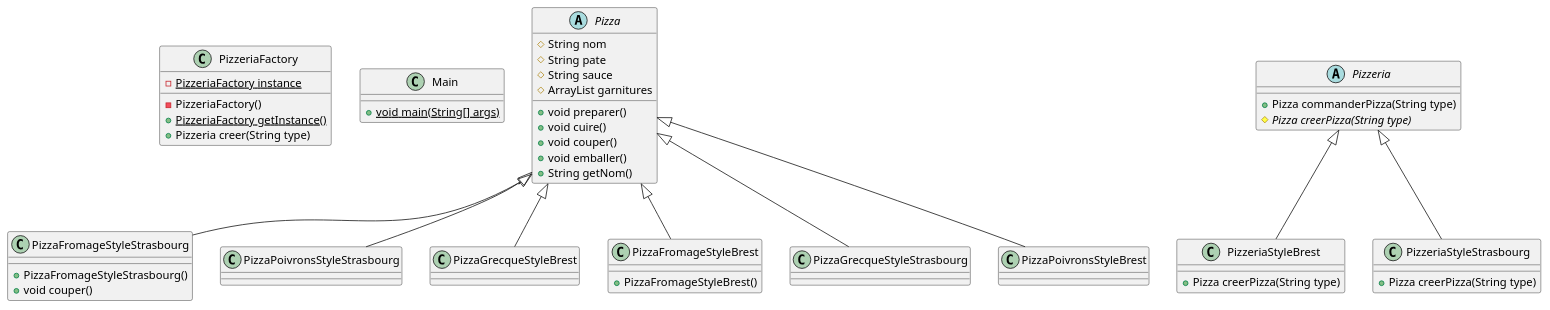
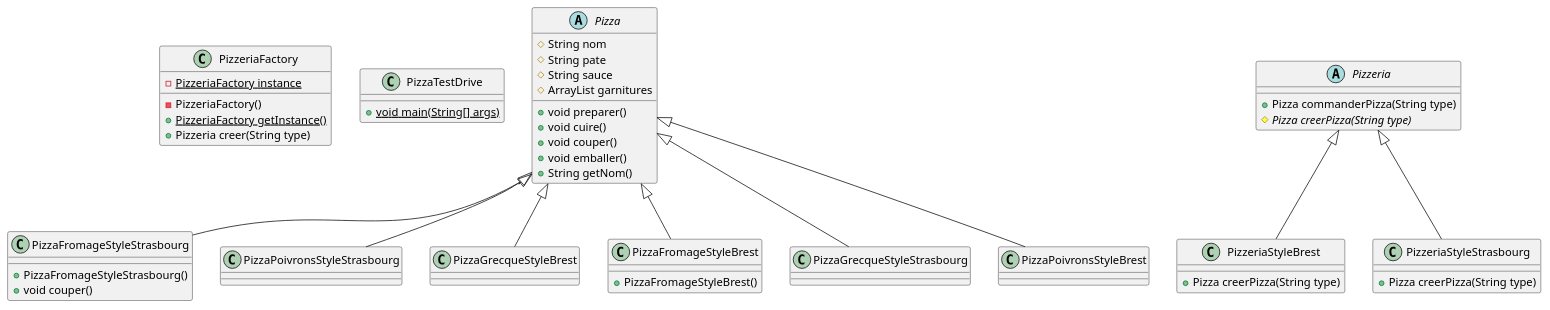
One commit to IUT-Blagnac/cpoa-tp3-LeonhardtFR changed the diagram in docs/TP3.plantuml. Above: the diagram before and after it, drawn with PlantUML. The commit also changed 4 other files, not shown here.

```diff
--- a/docs/TP3.plantuml
+++ b/docs/TP3.plantuml
@@ -1,63 +1,63 @@
 @startuml
 class PizzeriaFactory [[java:main.java.Fabrique.PizzeriaFactory]] {
 	-{static}PizzeriaFactory instance
 	-PizzeriaFactory()
 	+{static}PizzeriaFactory getInstance()
 	+Pizzeria creer(String type)
 }
-class Main [[java:main.java.Main.Main]] {
+class PizzaTestDrive [[java:main.java.Main.Main]] {
 	+{static}void main(String[] args)
 }
 class PizzaFromageStyleStrasbourg [[java:main.java.Pizza.PizzaFromageStyleStrasbourg]] {
 	+PizzaFromageStyleStrasbourg()
 	+void couper()
 }
 
 Pizza <|-- PizzaFromageStyleStrasbourg
 class PizzaPoivronsStyleStrasbourg [[java:main.java.Pizza.PizzaPoivronsStyleStrasbourg]] {
 }
 
 Pizza <|-- PizzaPoivronsStyleStrasbourg
 class PizzaGrecqueStyleBrest [[java:main.java.Pizza.PizzaGrecqueStyleBrest]] {
 }
 
 Pizza <|-- PizzaGrecqueStyleBrest
 abstract class Pizzeria [[java:main.java.Pizza.Pizzeria]] {
 	+Pizza commanderPizza(String type)
 	#{abstract}Pizza creerPizza(String type)
 }
 class PizzeriaStyleBrest [[java:main.java.Pizza.PizzeriaStyleBrest]] {
 	+Pizza creerPizza(String type)
 }
 
 Pizzeria <|-- PizzeriaStyleBrest
 abstract class Pizza [[java:main.java.Pizza.Pizza]] {
 	#String nom
 	#String pate
 	#String sauce
 	#ArrayList garnitures
 	+void preparer()
 	+void cuire()
 	+void couper()
 	+void emballer()
 	+String getNom()
 }
 class PizzaFromageStyleBrest [[java:main.java.Pizza.PizzaFromageStyleBrest]] {
 	+PizzaFromageStyleBrest()
 }
 
 Pizza <|-- PizzaFromageStyleBrest
 class PizzaGrecqueStyleStrasbourg [[java:main.java.Pizza.PizzaGrecqueStyleStrasbourg]] {
 }
 
 Pizza <|-- PizzaGrecqueStyleStrasbourg
 class PizzeriaStyleStrasbourg [[java:main.java.Pizza.PizzeriaStyleStrasbourg]] {
 	+Pizza creerPizza(String type)
 }
 
 Pizzeria <|-- PizzeriaStyleStrasbourg
 class PizzaPoivronsStyleBrest [[java:main.java.Pizza.PizzaPoivronsStyleBrest]] {
 }
 
 Pizza <|-- PizzaPoivronsStyleBrest
 @enduml
```
